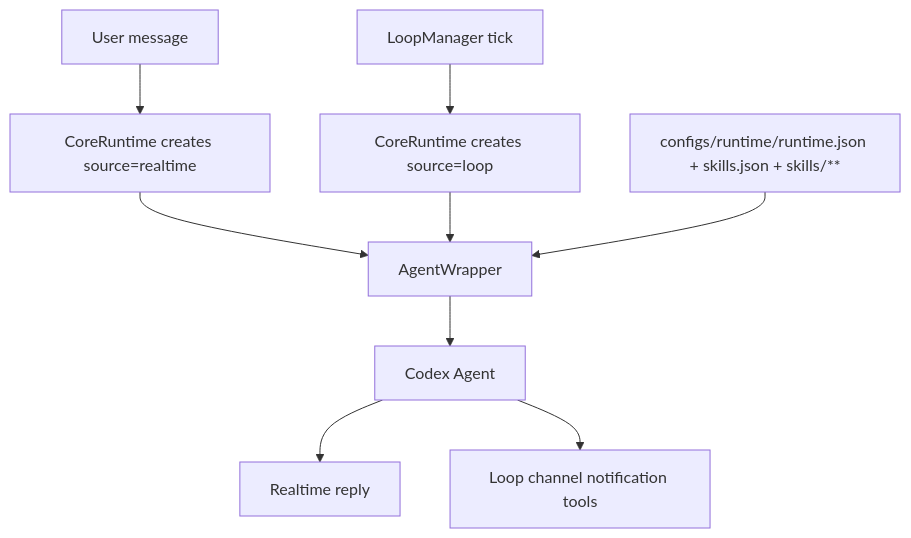
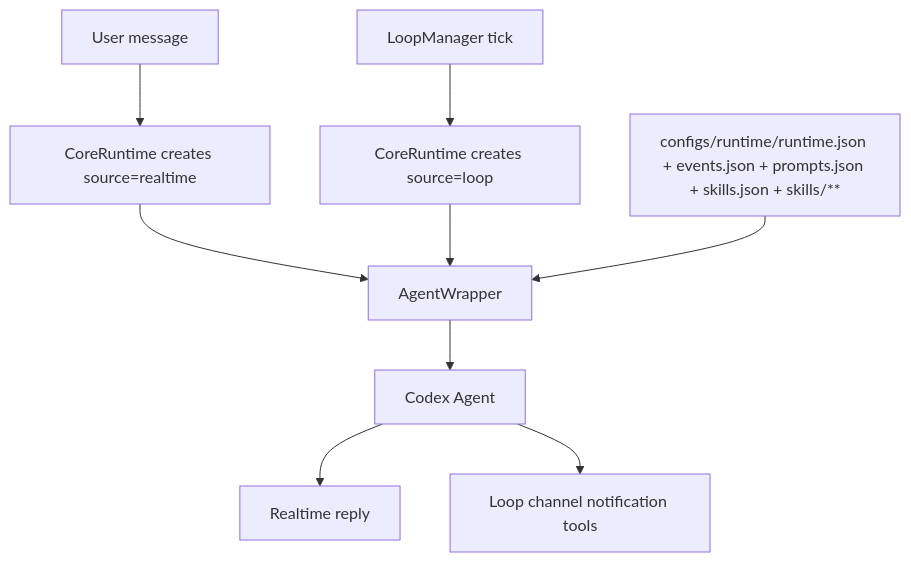
Before and after one commit to TheOne2006/PkuClaw: the diagram in README.md, drawn with Mermaid. The commit also changed other lines of this file and 17 other files, not shown here.

````diff
--- a/README.md
+++ b/README.md
@@ -53,11 +69,11 @@
 ```mermaid
 flowchart TD
   User[User message] --> Realtime[CoreRuntime creates source=realtime]
   Scheduler[LoopManager tick] --> Loop[CoreRuntime creates source=loop]
   Realtime --> Wrapper[AgentWrapper]
   Loop --> Wrapper
-  RuntimeFiles[configs/runtime/runtime.json + skills.json + skills/**] --> Wrapper
+  RuntimeFiles[configs/runtime/runtime.json + events.json + prompts.json + skills.json + skills/**] --> Wrapper
   Wrapper --> Agent[Codex Agent]
   Agent --> Reply[Realtime reply]
   Agent --> Notify[Loop channel notification tools]
 ```
````
